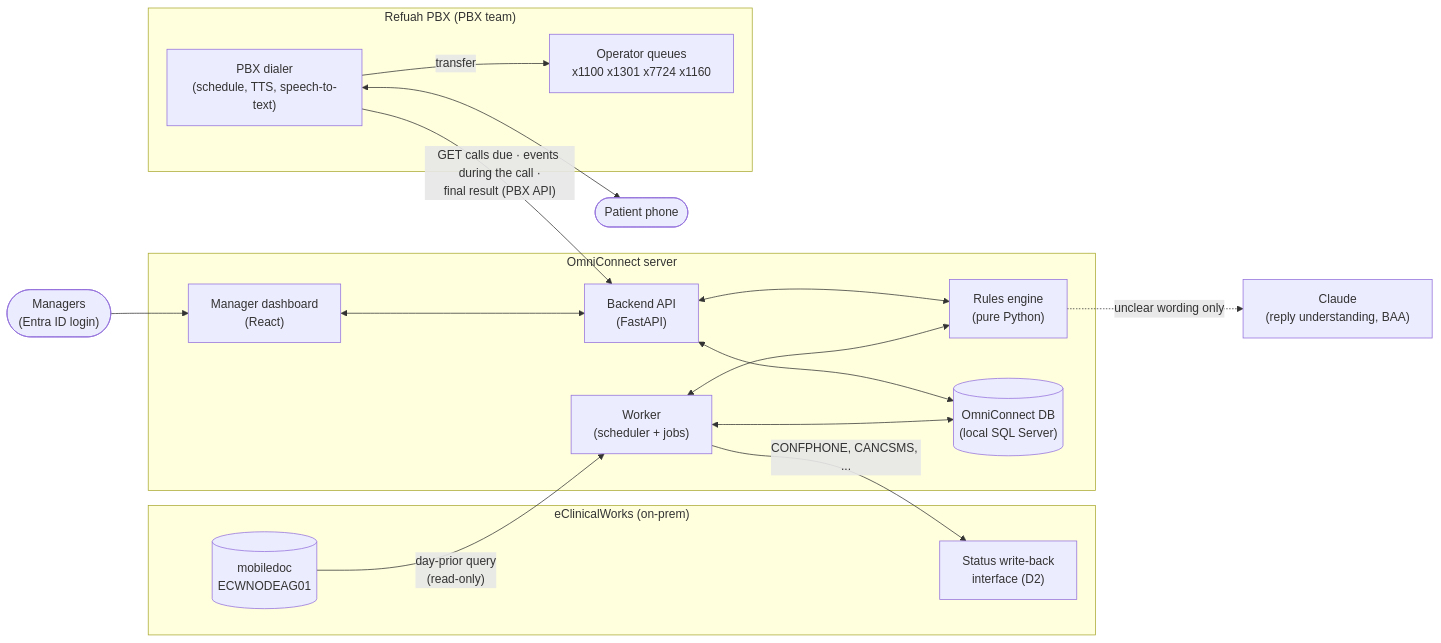
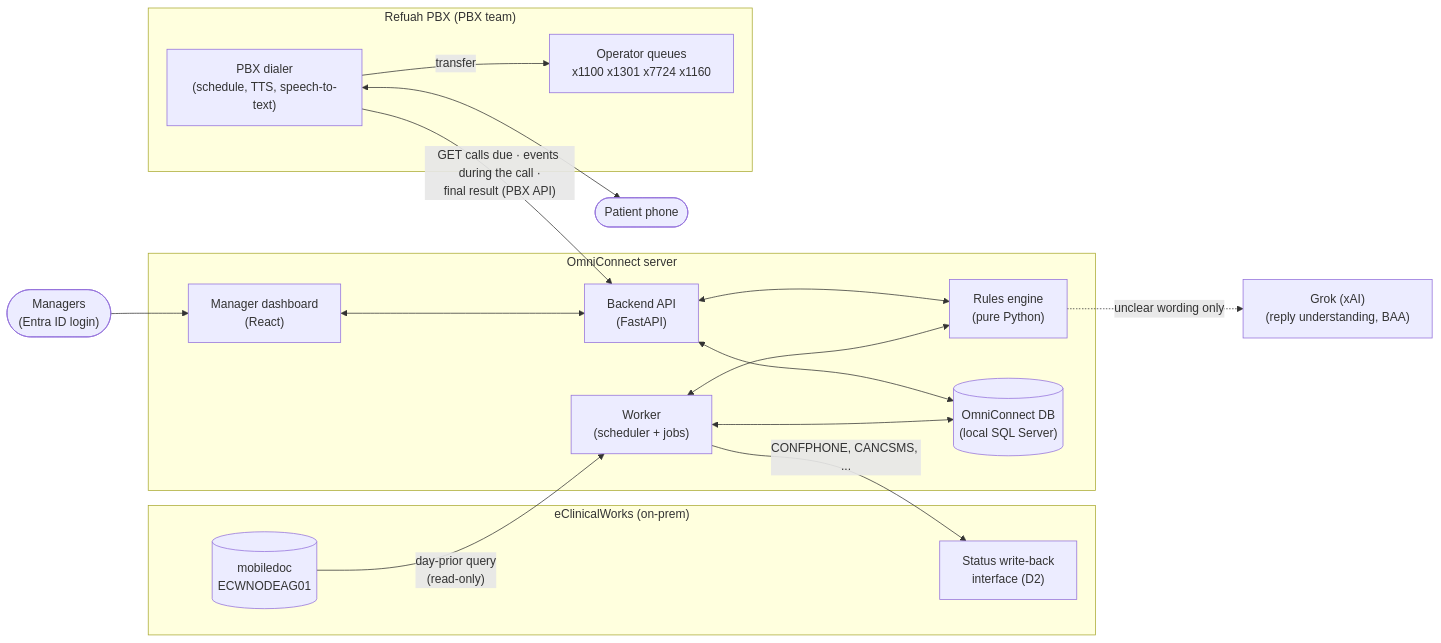
One commit to Yehudit-Refuah/OmniConnect changed the first of 3 diagrams in docs/DEVELOPMENT_PLAN.md. Above: the diagram before and after it, drawn with Mermaid. The commit also changed other lines of this file and 5 other files, not shown here.

````diff
--- a/docs/DEVELOPMENT_PLAN.md
+++ b/docs/DEVELOPMENT_PLAN.md
@@ -74,37 +74,37 @@
 ```mermaid
 flowchart LR
     subgraph eCW["eClinicalWorks (on-prem)"]
         ECWDB[("mobiledoc<br/>ECWNODEAG01")]
         ECWIF["Status write-back<br/>interface (D2)"]
     end
 
     subgraph Omni["OmniConnect server"]
         W["Worker<br/>(scheduler + jobs)"]
         R["Rules engine<br/>(pure Python)"]
         API["Backend API<br/>(FastAPI)"]
         UI["Manager dashboard<br/>(React)"]
         ODB[("OmniConnect DB<br/>(local SQL Server)")]
     end
 
     subgraph Comms["Refuah PBX (PBX team)"]
         TEL["PBX dialer<br/>(schedule, TTS, speech-to-text)"]
         PBX["Operator queues<br/>x1100 x1301 x7724 x1160"]
     end
 
-    AI["Claude<br/>(reply understanding, BAA)"]
+    AI["Grok (xAI)<br/>(reply understanding, BAA)"]
     Patient(["Patient phone"])
     Manager(["Managers<br/>(Entra ID login)"])
 
     ECWDB -- "day-prior query<br/>(read-only)" --> W
     W <--> R
     W <--> ODB
     TEL -- "GET calls due · events during the call ·<br/>final result (PBX API)" --> API
     TEL <--> Patient
     TEL -- "transfer" --> PBX
     API <--> R
     R -. "unclear wording only" .-> AI
     API <--> ODB
     W -- "CONFPHONE, CANCSMS, ..." --> ECWIF
     UI <--> API
     Manager --> UI
 ```
````
